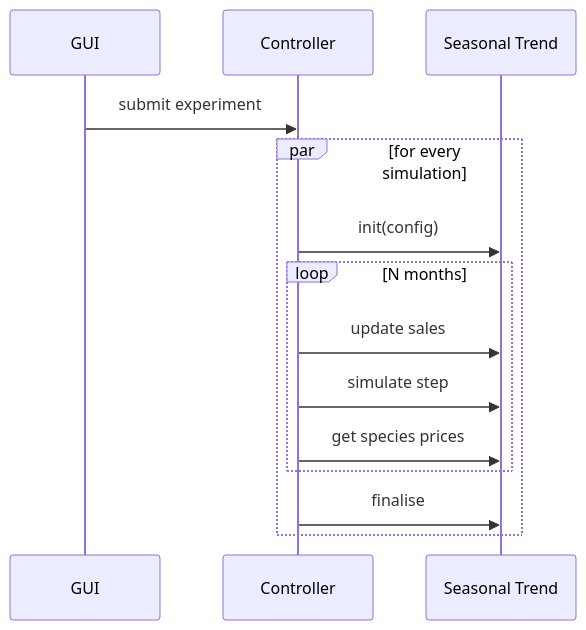
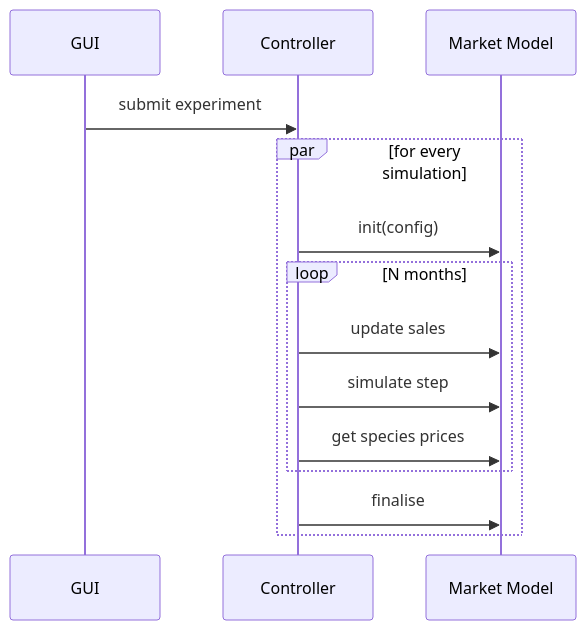
The first of 2 diagrams in deliverables/D3.1 - System dynamics model/D3.1 - System dynamics model.md (SURIMI-Project/SURIMI-project), drawn with Mermaid before and after one commit. The commit also changed other lines of this file, not shown here.

Commit message:
Replace Seasonal Trend with Market Model in diagram

````diff
--- a/deliverables/D3.1 - System dynamics model/D3.1 - System dynamics model.md
+++ b/deliverables/D3.1 - System dynamics model/D3.1 - System dynamics model.md
@@ -59,20 +59,20 @@
 ```mermaid
 sequenceDiagram
     participant GUI
     participant Controller
-    participant Seasonal Trend
+    participant Market Model
 
     GUI ->> Controller : submit experiment
 
     par for every simulation
-        Controller ->> Seasonal Trend : init(config)
+        Controller ->> Market Model : init(config)
 
         loop N months
-            Controller ->> Seasonal Trend : update sales
-            Controller ->> Seasonal Trend : simulate step
-            Controller ->> Seasonal Trend : get species prices
+            Controller ->> Market Model : update sales
+            Controller ->> Market Model : simulate step
+            Controller ->> Market Model : get species prices
         end
 
-        Controller ->> Seasonal Trend : finalise
+        Controller ->> Market Model : finalise
     end
 ```
````
